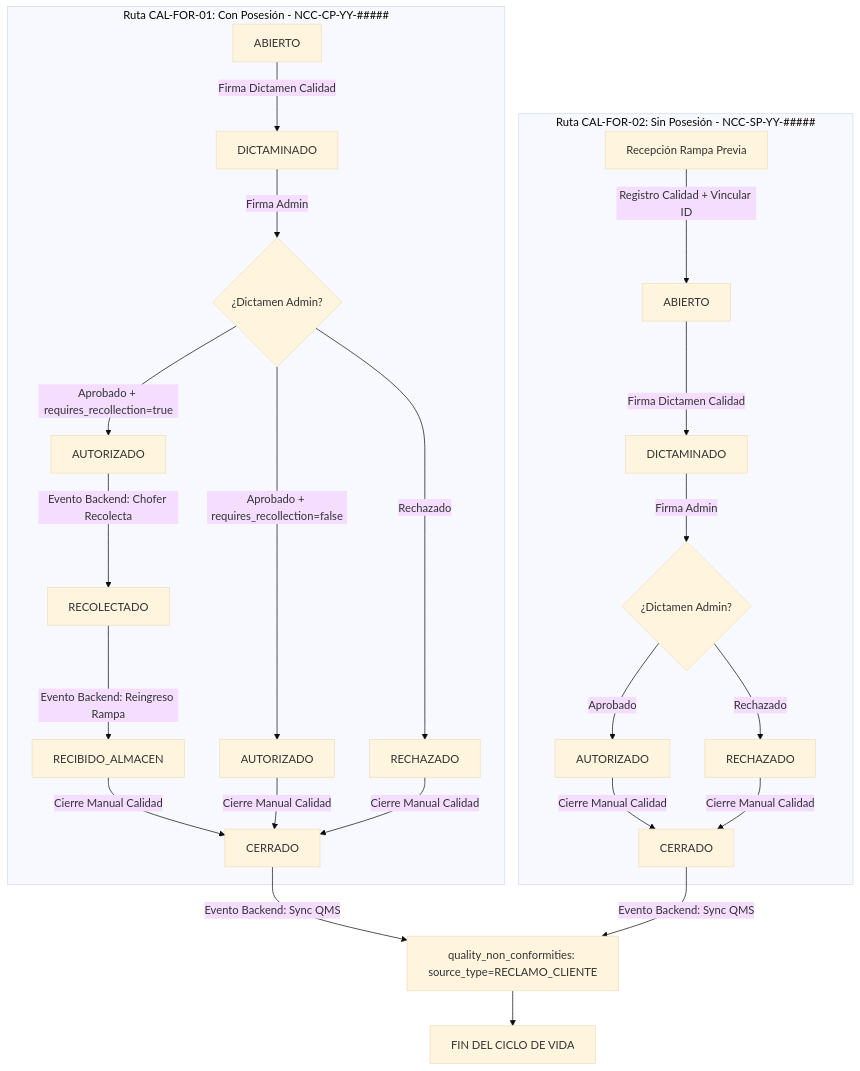
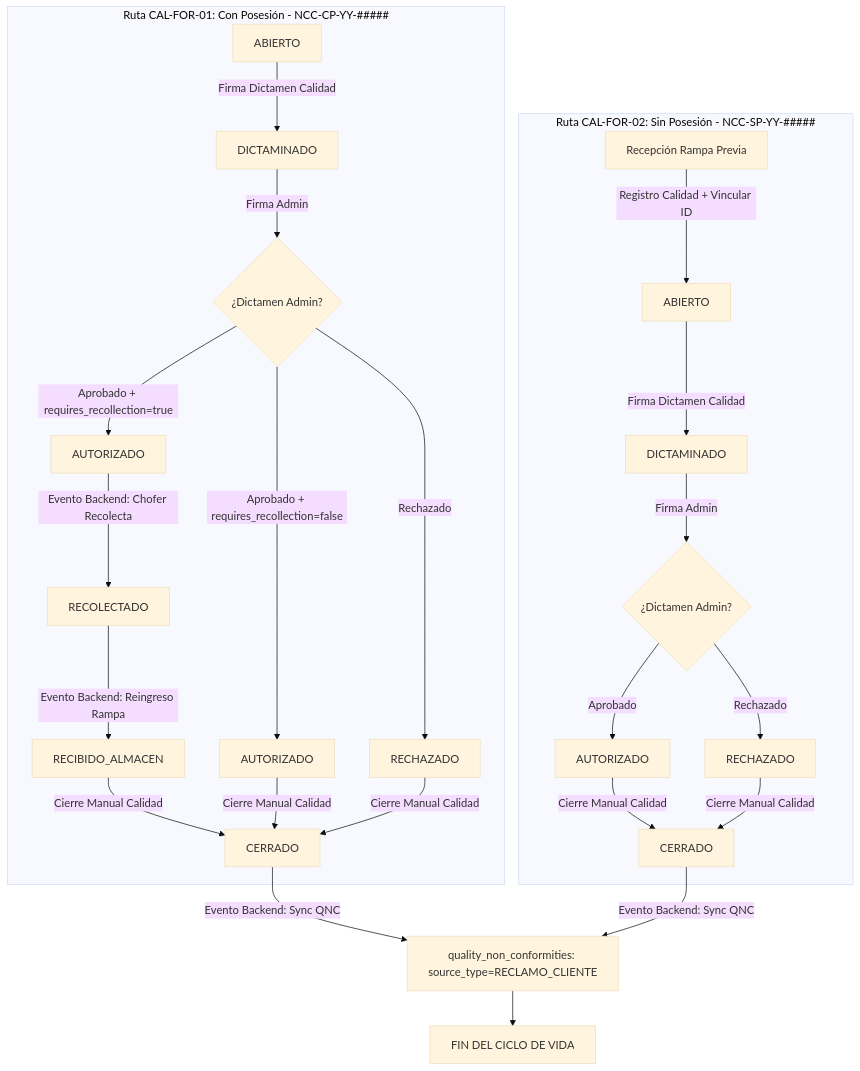
Before and after one commit to Automatizacion-KPC/KoonolApp: the third of 3 diagrams in docs/modules/product_rejection.md, drawn with Mermaid (base theme). The commit also changed other lines of this file, not shown here.

Commit message:
docs(cpr/docs): corregir siglas QMS por QNC, actualizar BR-CPR-02 BR-CPR-07 BR-CPR-10 y C.A 2.4 [chore]

````diff
--- a/docs/modules/product_rejection.md
+++ b/docs/modules/product_rejection.md
@@ -248,29 +248,29 @@
 ```mermaid
 graph TD
     subgraph RUTA_CAL_FOR_01 [Ruta CAL-FOR-01: Con Posesión - NCC-CP-YY-#####]
         A1[ABIERTO] -->|Firma Dictamen Calidad| B1[DICTAMINADO]
         B1 -->|Firma Admin| C1{¿Dictamen Admin?}
         C1 -- Rechazado --> D1[RECHAZADO]
         C1 -- Aprobado + requires_recollection=true --> E1[AUTORIZADO]
         C1 -- Aprobado + requires_recollection=false --> E1_1[AUTORIZADO]
         E1 -->|Evento Backend: Chofer Recolecta| F1[RECOLECTADO]
         F1 -->|Evento Backend: Reingreso Rampa| G1[RECIBIDO_ALMACEN]
         G1 -->|Cierre Manual Calidad| H1[CERRADO]
         E1_1 -->|Cierre Manual Calidad| H1
         D1 -->|Cierre Manual Calidad| H1
     end
 
     subgraph RUTA_CAL_FOR_02 [Ruta CAL-FOR-02: Sin Posesión - NCC-SP-YY-#####]
         A2[Recepción Rampa Previa] -->|Registro Calidad + Vincular ID| B2[ABIERTO]
         B2 -->|Firma Dictamen Calidad| C2[DICTAMINADO]
         C2 -->|Firma Admin| D2{¿Dictamen Admin?}
         D2 -- Aprobado --> E2[AUTORIZADO]
         D2 -- Rechazado --> F2[RECHAZADO]
         E2 -->|Cierre Manual Calidad| G2[CERRADO]
         F2 -->|Cierre Manual Calidad| G2
     end
 
-    H1 -->|Evento Backend: Sync QMS| I1[quality_non_conformities: source_type=RECLAMO_CLIENTE]
-    G2 -->|Evento Backend: Sync QMS| I1
+    H1 -->|Evento Backend: Sync QNC| I1[quality_non_conformities: source_type=RECLAMO_CLIENTE]
+    G2 -->|Evento Backend: Sync QNC| I1
     I1 --> J1[FIN DEL CICLO DE VIDA]
 ```
````
